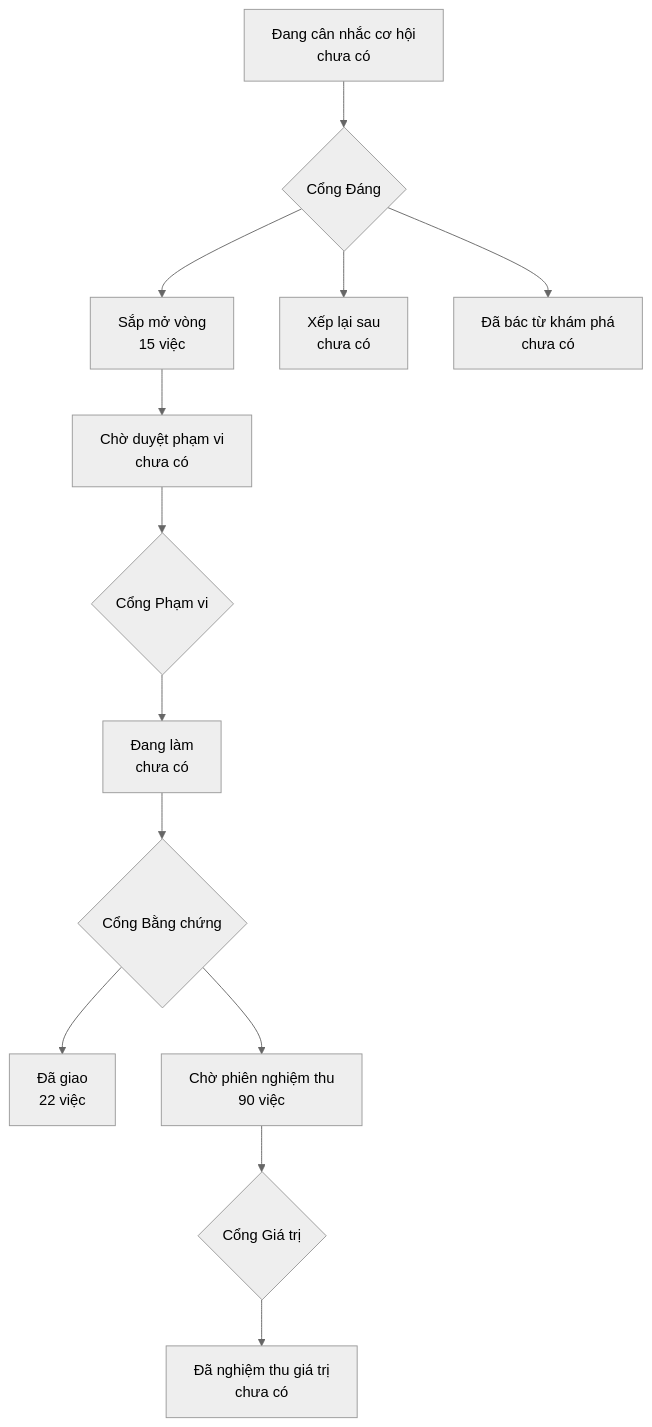
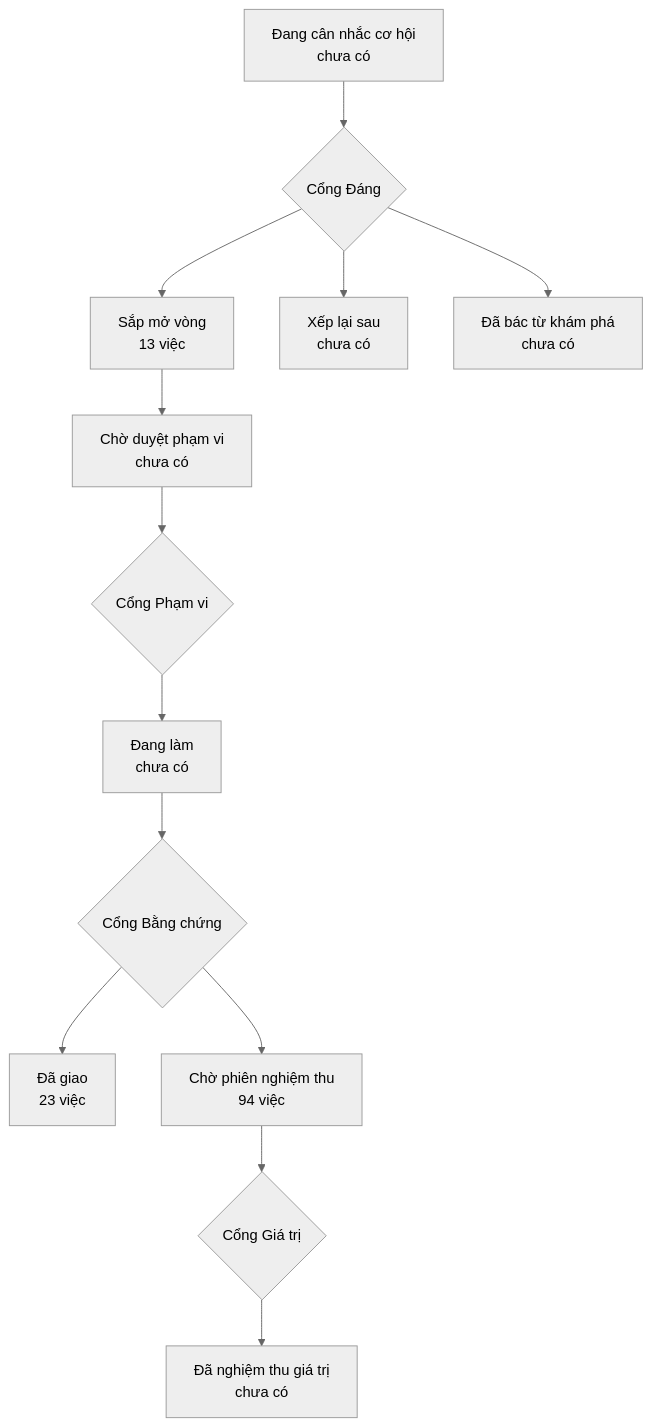
One commit to phanlemanh/onehub-quy-hang changed the diagram in PRODUCT-MAP.md. Above: the diagram before and after it, drawn with Mermaid (neutral theme). The commit also changed other lines of this file and 2 other files, not shown here.

````diff
--- a/PRODUCT-MAP.md
+++ b/PRODUCT-MAP.md
@@ -7,12 +7,12 @@
 ```mermaid
 flowchart TD
   A["Đang cân nhắc cơ hội<br/>chưa có"] --> GD{"Cổng Đáng"}
-  GD --> B["Sắp mở vòng<br/>15 việc"]
+  GD --> B["Sắp mở vòng<br/>13 việc"]
   GD --> XL["Xếp lại sau<br/>chưa có"]
   GD --> DB["Đã bác từ khám phá<br/>chưa có"]
   B --> CD["Chờ duyệt phạm vi<br/>chưa có"] --> GP{"Cổng Phạm vi"}
   GP --> DL["Đang làm<br/>chưa có"] --> GB{"Cổng Bằng chứng"}
-  GB --> DG["Đã giao<br/>22 việc"]
-  GB --> CN["Chờ phiên nghiệm thu<br/>90 việc"] --> GG{"Cổng Giá trị"}
+  GB --> DG["Đã giao<br/>23 việc"]
+  GB --> CN["Chờ phiên nghiệm thu<br/>94 việc"] --> GG{"Cổng Giá trị"}
   GG --> NT["Đã nghiệm thu giá trị<br/>chưa có"]
 ```
````
